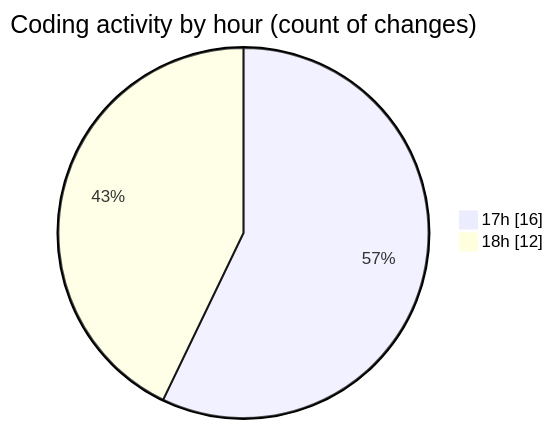
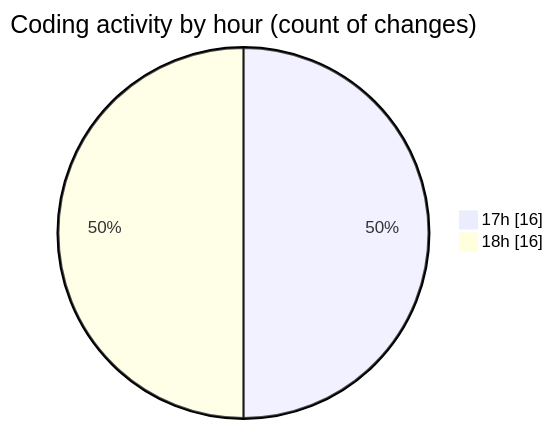
Before and after one commit to robertbonfada/code-tracking: the second of 2 diagrams in 2025-02-28/audiobooks-web/README.md, drawn with Mermaid. The commit also changed other lines of this file and 1 other file, not shown here.

````diff
--- a/2025-02-28/audiobooks-web/README.md
+++ b/2025-02-28/audiobooks-web/README.md
@@ -39,6 +42,6 @@
 ```mermaid
 pie showData
 title Coding activity by hour (count of changes)
 "17h" : 16
-"18h" : 12
+"18h" : 16
 ```
````
